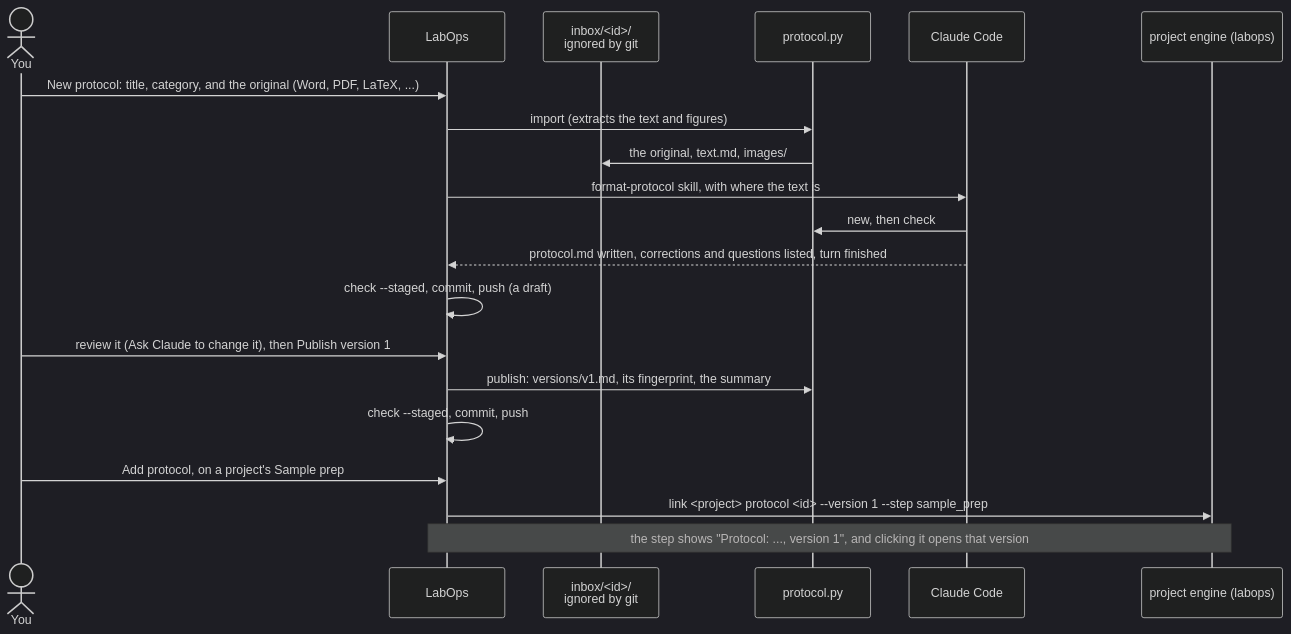
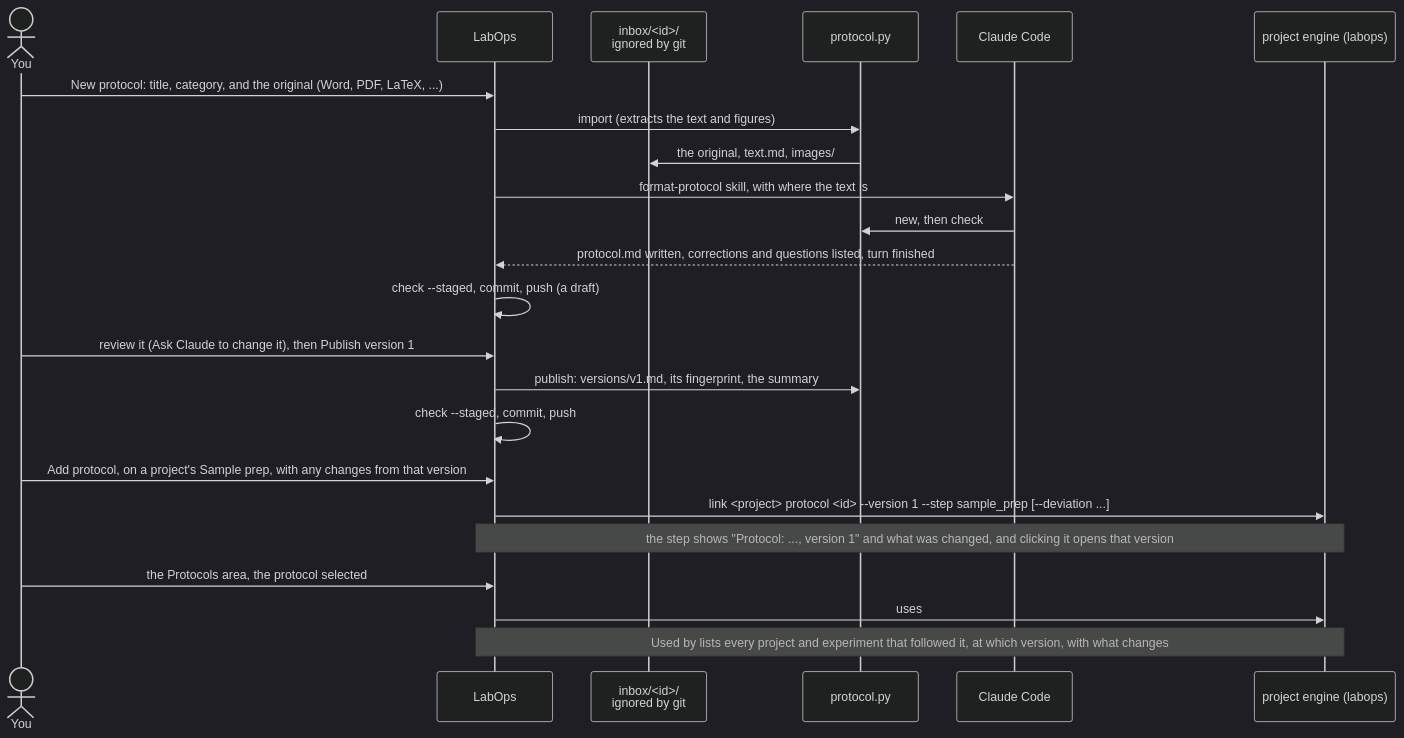
The seventh of 11 diagrams in docs/flows.md (uw-maccosslab/LabOps), drawn with Mermaid (dark theme) before and after one commit. The commit also changed other lines of this file and 25 other files, not shown here.

First line of the commit message:
Protocol deviations on a project's link, and Used by in the Protocols area

````diff
--- a/docs/flows.md
+++ b/docs/flows.md
@@ -233,23 +233,26 @@
 ```mermaid
 sequenceDiagram
     actor You
     participant App as LabOps
     participant Inbox as inbox/<id>/<br/>ignored by git
     participant Engine as protocol.py
     participant Claude as Claude Code
     participant Projects as project engine (labops)
 
     You->>App: New protocol: title, category, and the original (Word, PDF, LaTeX, ...)
     App->>Engine: import (extracts the text and figures)
     Engine->>Inbox: the original, text.md, images/
     App->>Claude: format-protocol skill, with where the text is
     Claude->>Engine: new, then check
     Claude-->>App: protocol.md written, corrections and questions listed, turn finished
     App->>App: check --staged, commit, push (a draft)
     You->>App: review it (Ask Claude to change it), then Publish version 1
     App->>Engine: publish: versions/v1.md, its fingerprint, the summary
     App->>App: check --staged, commit, push
-    You->>App: Add protocol, on a project's Sample prep
-    App->>Projects: link <project> protocol <id> --version 1 --step sample_prep
-    Note over App,Projects: the step shows "Protocol: ..., version 1", and clicking it opens that version
+    You->>App: Add protocol, on a project's Sample prep, with any changes from that version
+    App->>Projects: link <project> protocol <id> --version 1 --step sample_prep [--deviation ...]
+    Note over App,Projects: the step shows "Protocol: ..., version 1" and what was changed, and clicking it opens that version
+    You->>App: the Protocols area, the protocol selected
+    App->>Projects: uses
+    Note over App,Projects: Used by lists every project and experiment that followed it, at which version, with what changes
 ```
````
